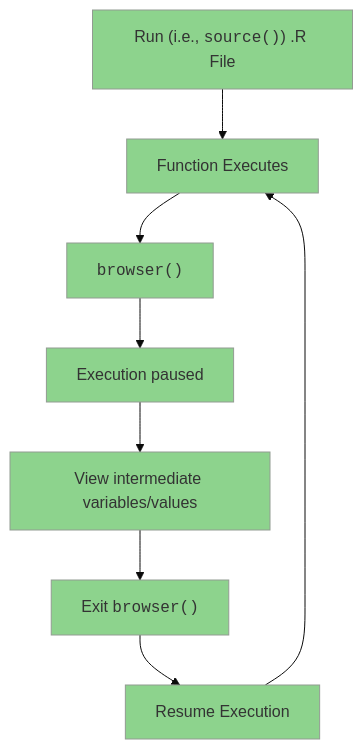
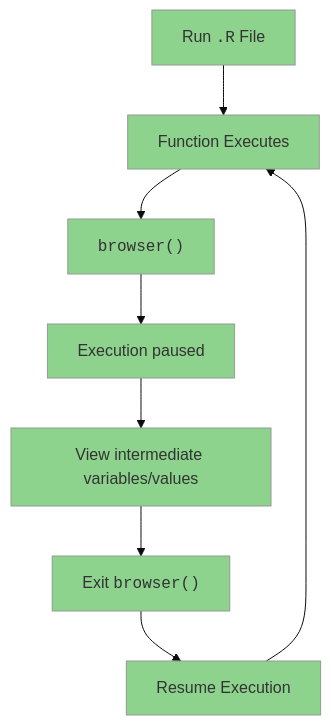
The first of 2 diagrams in debug_explore.qmd (mjfrigaard/shiny-app-pkgs), drawn with Mermaid before and after one commit. The commit also changed other lines of this file and 46 other files, not shown here.

````diff
--- a/debug_explore.qmd
+++ b/debug_explore.qmd
@@ -100,15 +125,17 @@
 ```{mermaid}
-%%| fig-width: 6.5
+%%| label: function_exec_browser
+%%| fig-width: 5
+%%| fig-height: 6
 %%| fig-align: center
 %%| fig-cap: '`browser()` used for debugging functions'
 %%{init: {'theme': 'base', 'themeVariables': { 'fontFamily': 'Inconsolata', 'primaryColor': '#8dd38d', 'edgeLabelBackground':'#ffd700'}}}%%
 flowchart TD
-    Start["Run (i.e., <code>source()</code>) .R File"] --> Running[Function Executes]
+    Start["Run <code>.R</code> File"] --> Running[Function Executes]
     Running --> Browser["<code>browser()</code>"]
     Browser --> Pause[Execution paused]
     Pause --> Debugger[View intermediate variables/values]
     Debugger --> Exit["Exit <code>browser()</code>"]
     Exit --> Resume[Resume Execution]
     Resume --> Running
     
 ```
````
